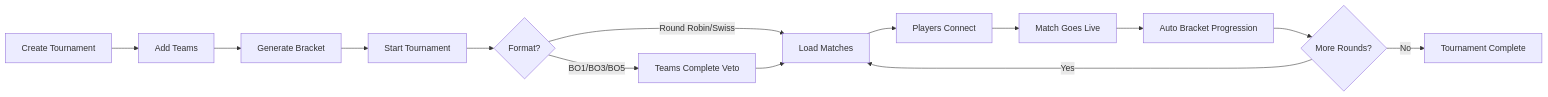
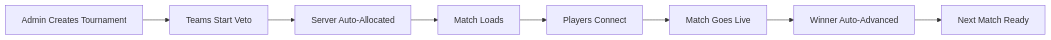
Before and after one commit to Auto-Tournament/auto-tournament: the diagram in docs/index.md, drawn with Mermaid. The commit also changed other lines of this file and 13 other files, not shown here.

````diff
--- a/docs/index.md
+++ b/docs/index.md
@@ -47,16 +56,10 @@
 ```mermaid
 graph LR
-    A[Create Tournament] --> B[Add Teams]
-    B --> C[Generate Bracket]
-    C --> D[Start Tournament]
-    D --> E{Format?}
-    E -->|BO1/BO3/BO5| F[Teams Complete Veto]
-    E -->|Round Robin/Swiss| G[Load Matches]
-    F --> G
-    G --> H[Players Connect]
-    H --> I[Match Goes Live]
-    I --> J[Auto Bracket Progression]
-    J --> K{More Rounds?}
-    K -->|Yes| G
-    K -->|No| L[Tournament Complete]
+    A[Admin Creates Tournament] --> B[Teams Start Veto]
+    B --> C[Server Auto-Allocated]
+    C --> D[Match Loads]
+    D --> E[Players Connect]
+    E --> F[Match Goes Live]
+    F --> G[Winner Auto-Advanced]
+    G --> H[Next Match Ready]
 ```
````
